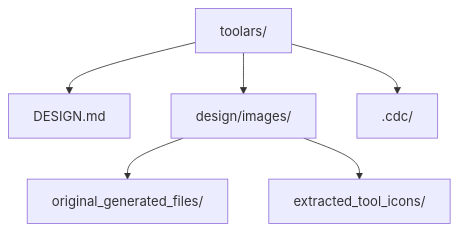
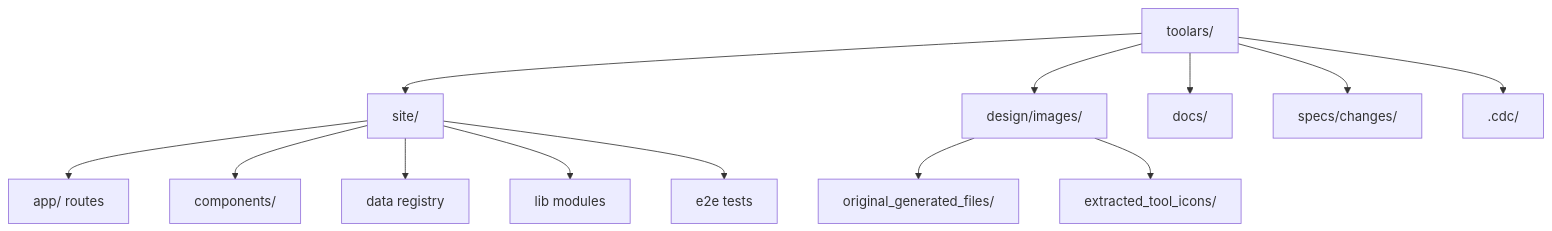
Before and after one commit to aixtral/toolars: the first of 2 diagrams in .cdc/ARCHITECTURE.md, drawn with Mermaid. The commit also changed other lines of this file and 3 other files, not shown here.

Commit message:
docs(cdc): refresh current architecture context

````diff
--- a/.cdc/ARCHITECTURE.md
+++ b/.cdc/ARCHITECTURE.md
@@ -25,9 +34,16 @@
 ```mermaid
 graph TD
   repo["toolars/"]
-  repo --> designMd["DESIGN.md"]
+  repo --> site["site/"]
+  site --> app["app/ routes"]
+  site --> components["components/"]
+  site --> data["data registry"]
+  site --> lib["lib modules"]
+  site --> e2e["e2e tests"]
   repo --> images["design/images/"]
+  repo --> docs["docs/"]
+  repo --> specs["specs/changes/"]
   repo --> cdc[".cdc/"]
   images --> generated["original_generated_files/"]
   images --> icons["extracted_tool_icons/"]
 ```
````
